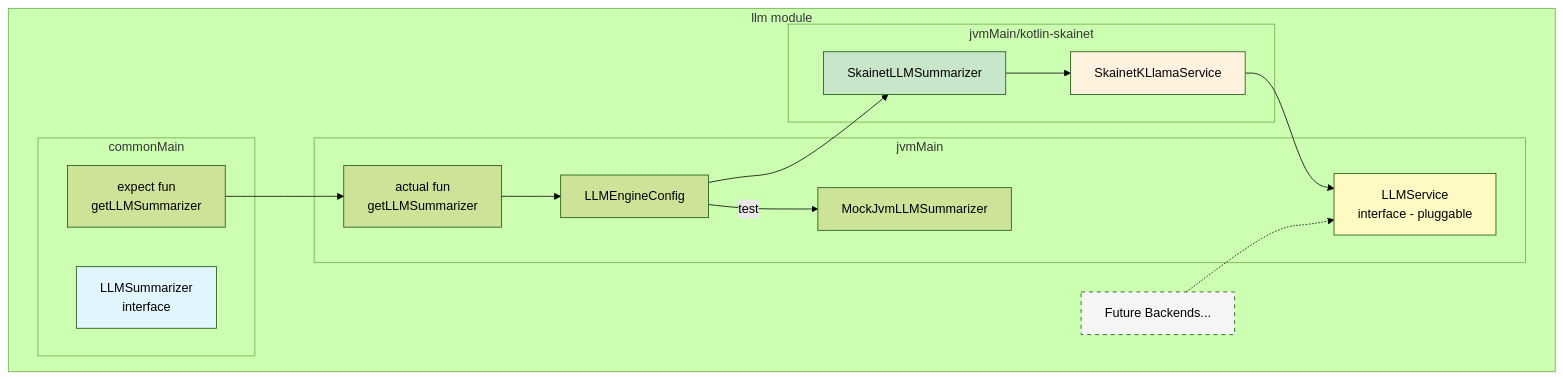
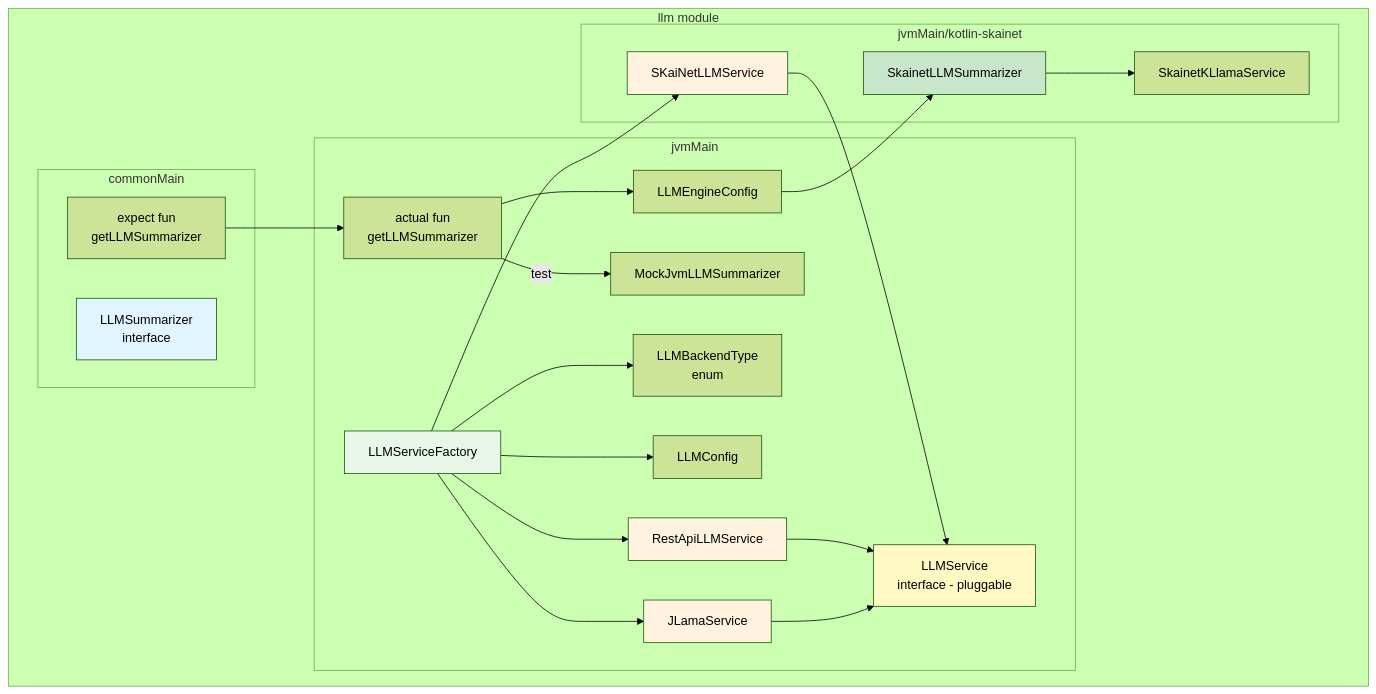
The second of 6 diagrams in docs/modules/architecture/pages/05-building-block-view.adoc (michalharakal/Daily-StandAPP), drawn with Mermaid (forest theme) before and after one commit. The commit also changed other lines of this file and 10 other files, not shown here.

First line of the commit message:
Update arc42 architecture docs to reflect current codebase

```diff
--- a/docs/modules/architecture/pages/05-building-block-view.adoc
+++ b/docs/modules/architecture/pages/05-building-block-view.adoc
@@ -85,39 +78,52 @@
 [mermaid]
 ----
 graph TB
     subgraph "llm module"
         subgraph "commonMain"
             IFACE[LLMSummarizer<br/>interface]
             EXPECT[expect fun<br/>getLLMSummarizer]
         end
 
         subgraph "jvmMain"
             ACTUAL[actual fun<br/>getLLMSummarizer]
+            FACTORY[LLMServiceFactory]
+            BACKEND[LLMBackendType<br/>enum]
+            LCONFIG[LLMConfig]
             CONFIG[LLMEngineConfig]
             MOCK[MockJvmLLMSummarizer]
             SERVICE[LLMService<br/>interface - pluggable]
+            REST[RestApiLLMService]
+            JLAMA[JLamaService]
         end
 
         subgraph "jvmMain/kotlin-skainet"
             SKAINET[SkainetKLlamaService]
             SKSUM[SkainetLLMSummarizer]
+            SKLLM[SKaiNetLLMService]
         end
-
-        FUTURE[Future Backends...]
     end
 
     EXPECT --> ACTUAL
     ACTUAL --> CONFIG
     CONFIG --> SKSUM
-    CONFIG -->|"test"| MOCK
+    ACTUAL -->|"test"| MOCK
 
     SKSUM --> SKAINET
-    SKAINET --> SERVICE
-    FUTURE -.-> SERVICE
+    FACTORY --> BACKEND
+    FACTORY --> LCONFIG
+    FACTORY --> SKLLM
+    FACTORY --> REST
+    FACTORY --> JLAMA
+
+    SKLLM --> SERVICE
+    REST --> SERVICE
+    JLAMA --> SERVICE
 
     style IFACE fill:#e1f5fe
     style SERVICE fill:#fff9c4
-    style SKAINET fill:#fff3e0
+    style FACTORY fill:#e8f5e9
+    style SKLLM fill:#fff3e0
+    style REST fill:#fff3e0
+    style JLAMA fill:#fff3e0
     style SKSUM fill:#c8e6c9
-    style FUTURE fill:#f5f5f5,stroke-dasharray: 5 5
 ----
```
